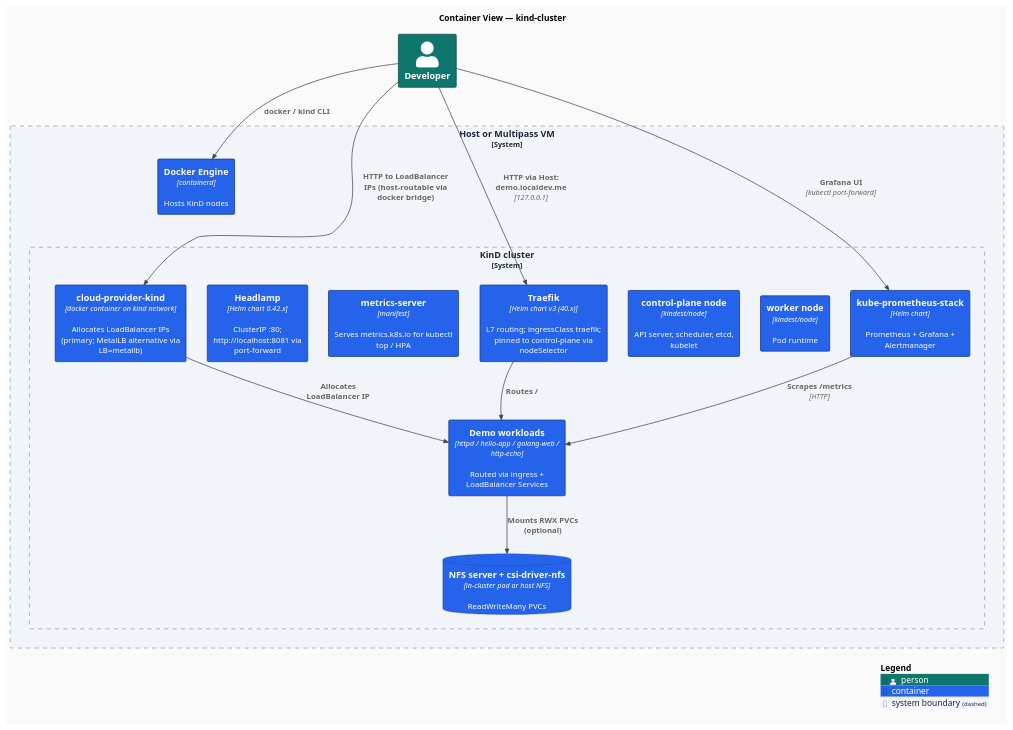
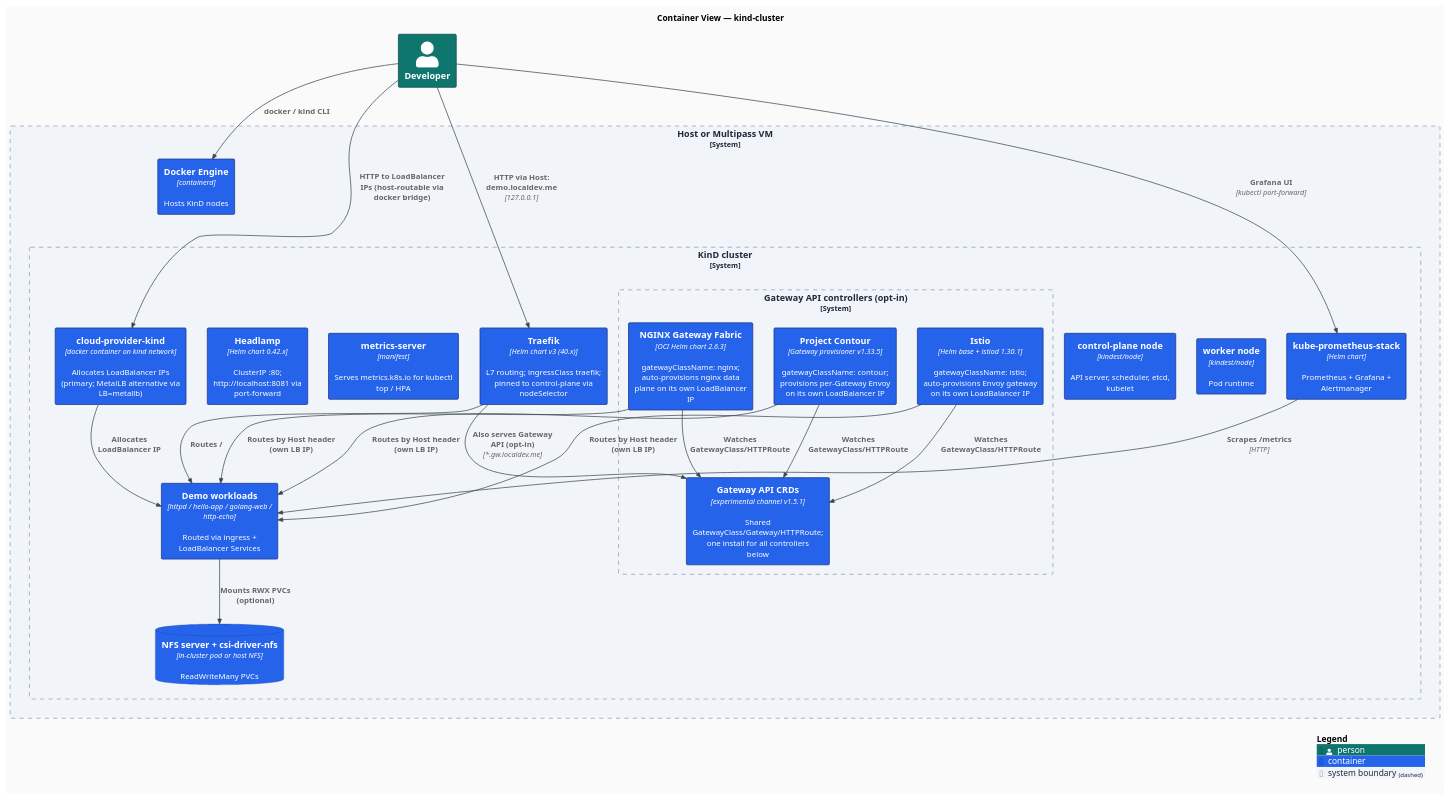
Before and after one commit to AndriyKalashnykov/kind-cluster: the diagram in docs/diagrams/c4-container.puml, drawn with PlantUML. The commit also changed 10 other files, not shown here.

First line of the commit message:
fix: harden CI gates, add Gateway API to diagrams/docs, Alpine CVE hygiene (#106)

```diff
--- a/docs/diagrams/c4-container.puml
+++ b/docs/diagrams/c4-container.puml
@@ -1,55 +1,73 @@
 @startuml c4-container
 !include https://raw.githubusercontent.com/plantuml-stdlib/C4-PlantUML/v2.13.0/C4_Container.puml
 
 ' Modern flat styling: no shadows, sharper corners, clean sans-serif, modern palette.
 skinparam backgroundColor #FAFAFA
 skinparam shadowing false
 skinparam roundCorner 4
 skinparam defaultFontName "Inter, Helvetica, Arial, sans-serif"
 skinparam defaultFontSize 13
 skinparam ArrowColor #37474F
 skinparam ArrowThickness 1.2
 skinparam rectangleBorderThickness 1.3
 
 UpdateElementStyle("person",       $fontColor="#FFFFFF", $bgColor="#0F766E", $borderColor="#134E4A")
 UpdateElementStyle("container",    $fontColor="#FFFFFF", $bgColor="#2563EB", $borderColor="#1E3A8A")
 UpdateElementStyle("container_db", $fontColor="#FFFFFF", $bgColor="#7C3AED", $borderColor="#4C1D95")
 UpdateBoundaryStyle($bgColor="#F1F5F9", $borderColor="#94A3B8", $fontColor="#1E293B")
 
 title Container View — kind-cluster
 
 Person(dev, "Developer")
 
 System_Boundary(host, "Host or Multipass VM") {
   Container(docker, "Docker Engine", "containerd", "Hosts KinD nodes")
 
   System_Boundary(kind, "KinD cluster") {
     Container(cp, "control-plane node", "kindest/node", "API server, scheduler, etcd, kubelet")
     Container(worker, "worker node", "kindest/node", "Pod runtime")
 
     Container(ingress, "Traefik", "Helm chart v3 (40.x)", "L7 routing; ingressClass traefik; pinned to control-plane via nodeSelector")
     Container(lb, "cloud-provider-kind", "docker container on kind network", "Allocates LoadBalancer IPs (primary; MetalLB alternative via LB=metallb)")
     Container(metrics, "metrics-server", "manifest", "Serves metrics.k8s.io for kubectl top / HPA")
     Container(dash, "Headlamp", "Helm chart 0.42.x", "ClusterIP :80; http://localhost:8081 via port-forward")
     ContainerDb(nfs, "NFS server + csi-driver-nfs", "in-cluster pod or host NFS", "ReadWriteMany PVCs")
     Container(prom, "kube-prometheus-stack", "Helm chart", "Prometheus + Grafana + Alertmanager")
     Container(apps, "Demo workloads", "httpd / hello-app / golang-web / http-echo", "Routed via ingress + LoadBalancer Services")
+
+    System_Boundary(gwapi, "Gateway API controllers (opt-in)") {
+      Container(gwcrds, "Gateway API CRDs", "experimental channel v1.5.1", "Shared GatewayClass/Gateway/HTTPRoute; one install for all controllers below")
+      Container(gwistio, "Istio", "Helm base + istiod 1.30.1", "gatewayClassName: istio; auto-provisions Envoy gateway on its own LoadBalancer IP")
+      Container(gwngf, "NGINX Gateway Fabric", "OCI Helm chart 2.6.3", "gatewayClassName: nginx; auto-provisions nginx data plane on its own LoadBalancer IP")
+      Container(gwcontour, "Project Contour", "Gateway provisioner v1.33.5", "gatewayClassName: contour; provisions per-Gateway Envoy on its own LoadBalancer IP")
+    }
   }
 }
 
 Rel(dev, docker, "docker / kind CLI")
 Rel(dev, ingress, "HTTP via Host: demo.localdev.me", "127.0.0.1")
 Rel(dev, lb, "HTTP to LoadBalancer IPs (host-routable via docker bridge)")
 Rel(ingress, apps, "Routes /")
 Rel(lb, apps, "Allocates LoadBalancer IP")
+
+' Opt-in Gateway API layer: Traefik also serves Gateway API from the same pod;
+' Istio / NGF / Contour are additional controllers, each on its own LB IP,
+' all fronting the SAME demo apps. Not part of `make install-all`.
+Rel(ingress, gwcrds, "Also serves Gateway API (opt-in)", "*.gw.localdev.me")
+Rel(gwistio, gwcrds, "Watches GatewayClass/HTTPRoute")
+Rel(gwngf, gwcrds, "Watches GatewayClass/HTTPRoute")
+Rel(gwcontour, gwcrds, "Watches GatewayClass/HTTPRoute")
+Rel(gwistio, apps, "Routes by Host header (own LB IP)")
+Rel(gwngf, apps, "Routes by Host header (own LB IP)")
+Rel(gwcontour, apps, "Routes by Host header (own LB IP)")
 Rel(apps, nfs, "Mounts RWX PVCs (optional)")
 Rel(prom, apps, "Scrapes /metrics", "HTTP")
 Rel(dev, prom, "Grafana UI", "kubectl port-forward")
 
 Lay_D(docker, kind)
 Lay_R(cp, worker)
 Lay_D(ingress, apps)
 Lay_R(lb, apps)
 
 SHOW_LEGEND()
 @enduml
```
